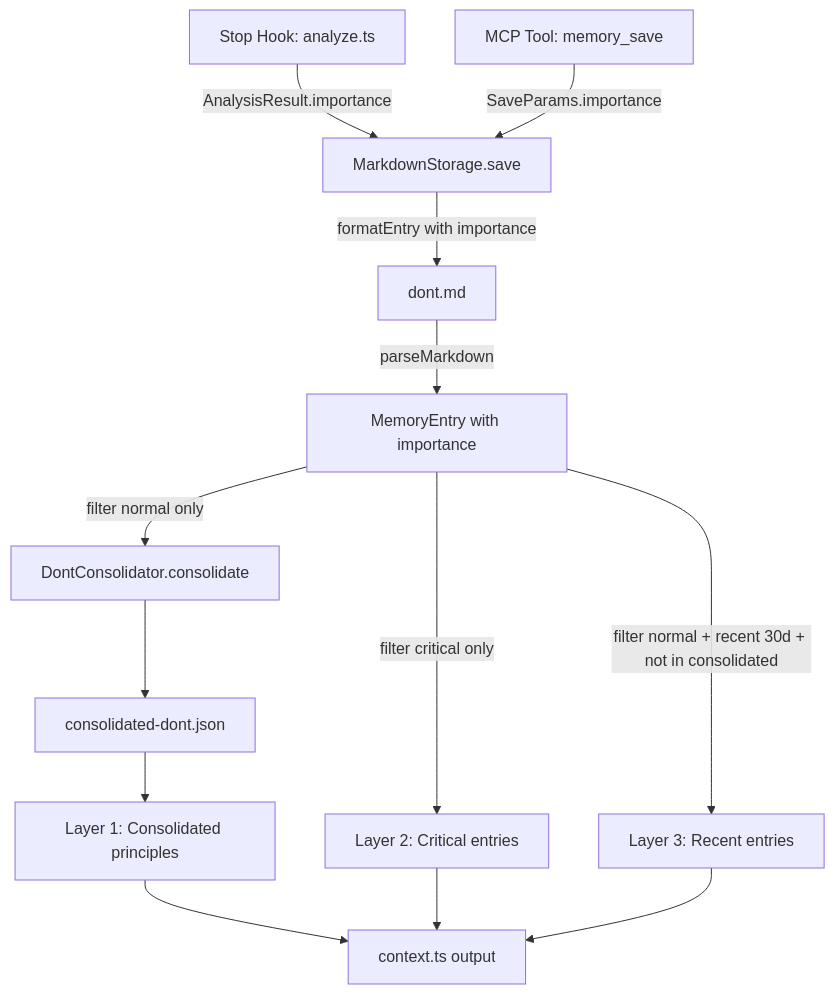
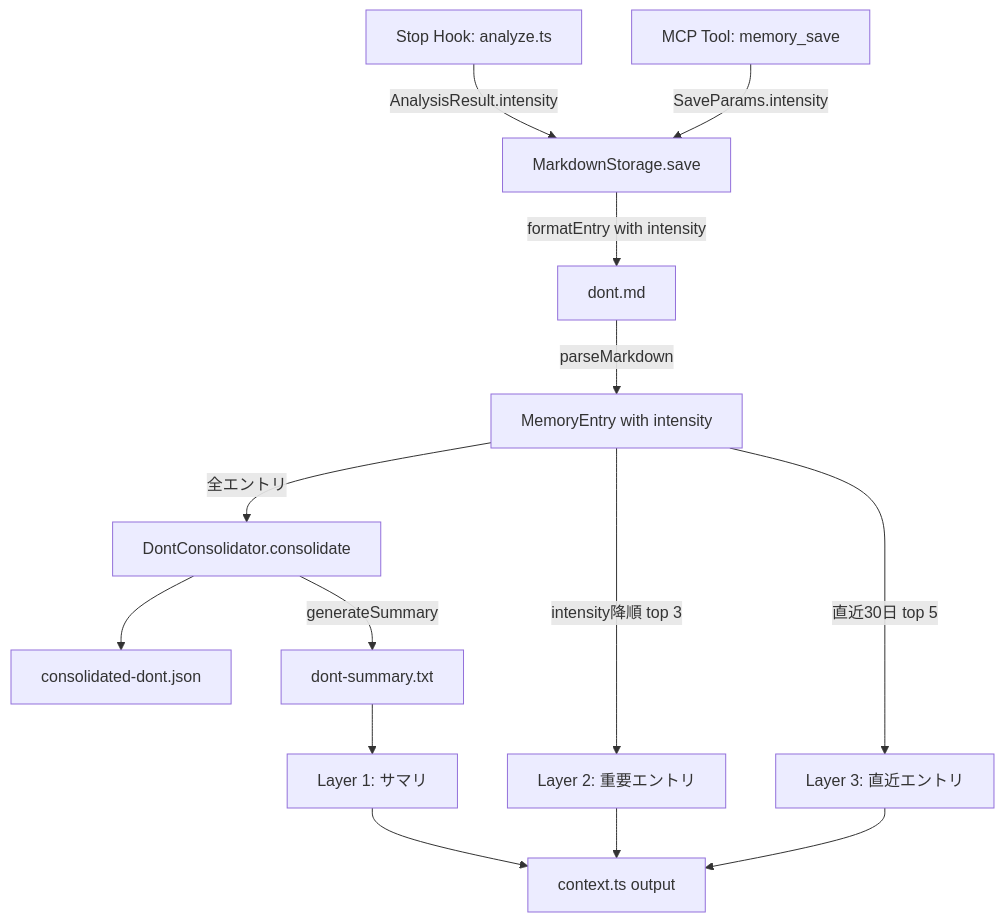
One commit to tsutushi0628/wasurenagusa-mcp changed the diagram in .spec-workflow/specs/importance-memory/design.md. Above: the diagram before and after it, drawn with Mermaid. The commit also changed other lines of this file and 35 other files, not shown here.

````diff
--- a/.spec-workflow/specs/importance-memory/design.md
+++ b/.spec-workflow/specs/importance-memory/design.md
@@ -41,15 +42,16 @@
 ```mermaid
 graph TD
-    A[Stop Hook: analyze.ts] -->|AnalysisResult.importance| B[MarkdownStorage.save]
-    C[MCP Tool: memory_save] -->|SaveParams.importance| B
-    B -->|formatEntry with importance| D[dont.md]
-    D -->|parseMarkdown| E[MemoryEntry with importance]
-    E -->|filter normal only| F[DontConsolidator.consolidate]
+    A[Stop Hook: analyze.ts] -->|AnalysisResult.intensity| B[MarkdownStorage.save]
+    C[MCP Tool: memory_save] -->|SaveParams.intensity| B
+    B -->|formatEntry with intensity| D[dont.md]
+    D -->|parseMarkdown| E[MemoryEntry with intensity]
+    E -->|全エントリ| F[DontConsolidator.consolidate]
     F --> G[consolidated-dont.json]
-    E -->|filter critical only| H[Layer 2: Critical entries]
-    E -->|filter normal + recent 30d + not in consolidated| I[Layer 3: Recent entries]
-    G --> J[Layer 1: Consolidated principles]
+    F -->|generateSummary| G2[dont-summary.txt]
+    E -->|intensity降順 top 3| H[Layer 2: 重要エントリ]
+    E -->|直近30日 top 5| I[Layer 3: 直近エントリ]
+    G2 --> J[Layer 1: サマリ]
     J --> K[context.ts output]
     H --> K
     I --> K
 ```
````
